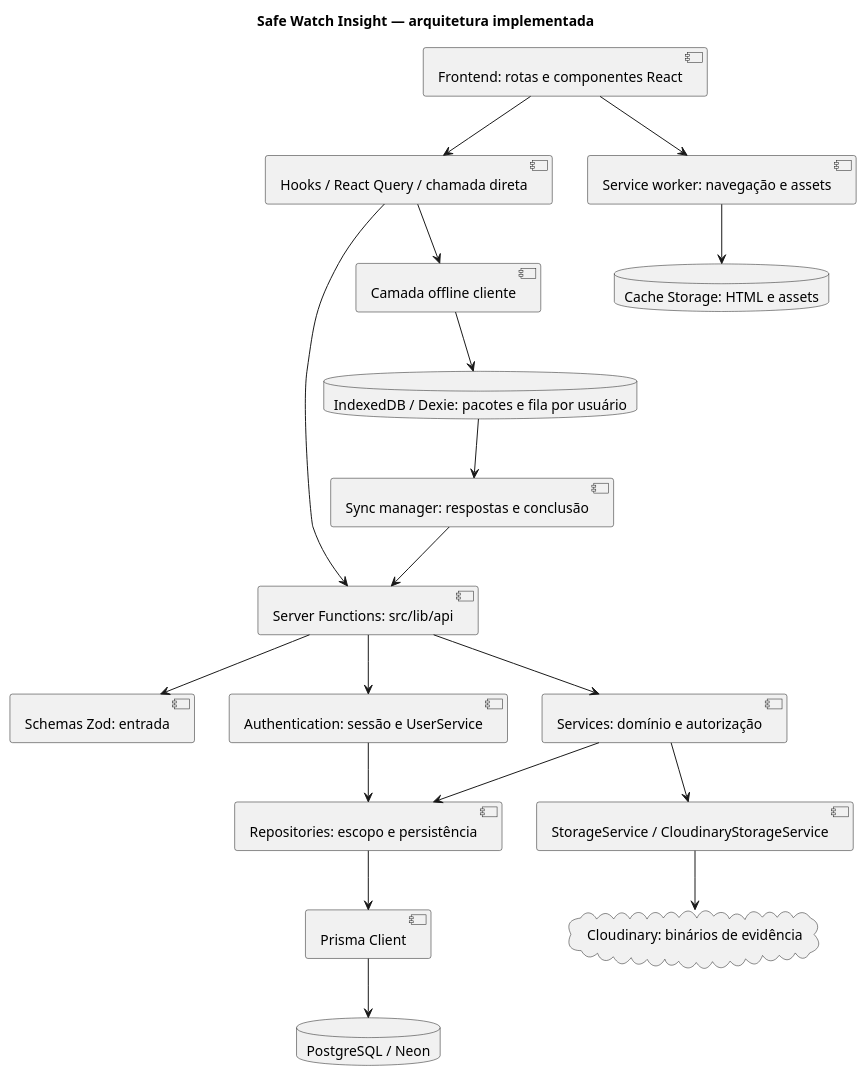
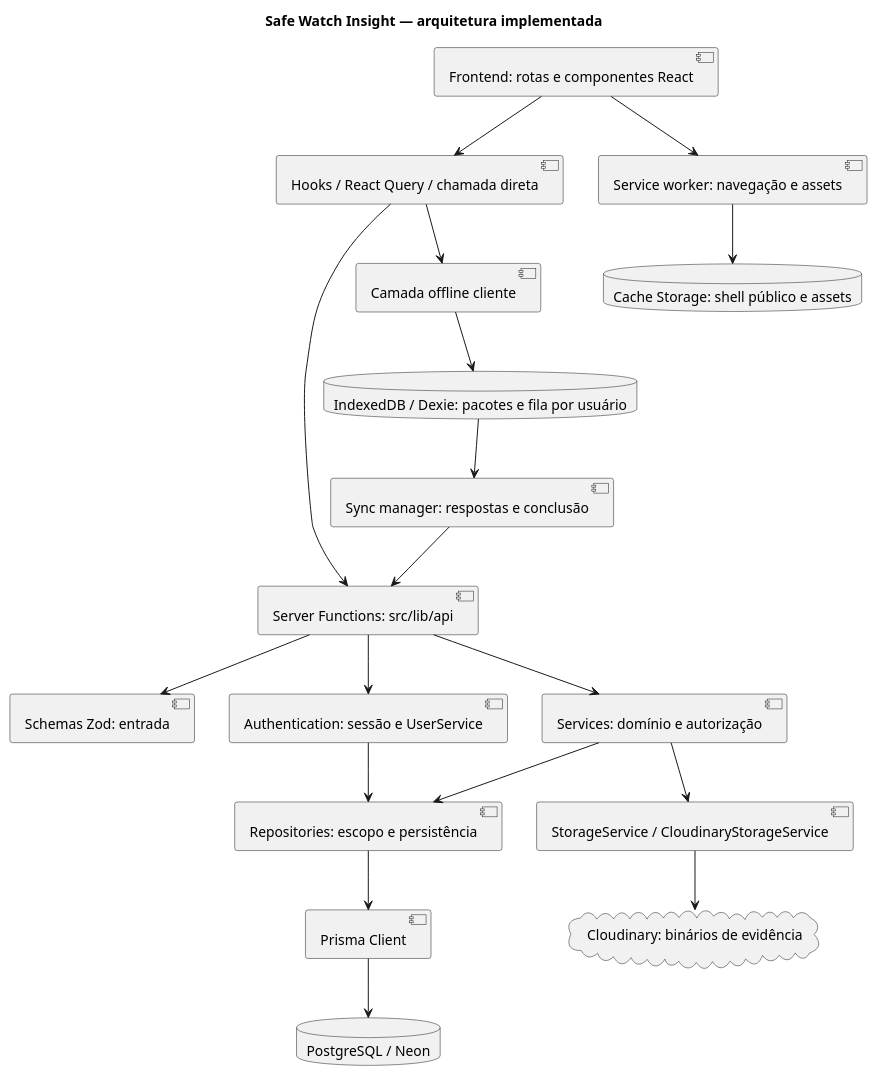
Before and after one commit to PedroVitor237/safe-watch-insight: the diagram in Documentation/diagrams/architecture/application.puml, drawn with PlantUML. The commit also changed 16 other files, not shown here.

```diff
--- a/Documentation/diagrams/architecture/application.puml
+++ b/Documentation/diagrams/architecture/application.puml
@@ -1,37 +1,37 @@
 @startuml
 ' Modelo equivalente ao flowchart de AI/Architecture.md.
 title Safe Watch Insight — arquitetura implementada
 component "Frontend: rotas e componentes React" as UI
 component "Hooks / React Query / chamada direta" as CLIENT
 component "Server Functions: src/lib/api" as SF
 component "Schemas Zod: entrada" as ZOD
 component "Authentication: sessão e UserService" as AUTH
 component "Services: domínio e autorização" as SVC
 component "Repositories: escopo e persistência" as REPO
 component "Prisma Client" as ORM
 database "PostgreSQL / Neon" as PG
 component "Camada offline cliente" as LOCAL
 database "IndexedDB / Dexie: pacotes e fila por usuário" as IDB
 component "Sync manager: respostas e conclusão" as SYNC
 component "StorageService / CloudinaryStorageService" as STORAGE
 cloud "Cloudinary: binários de evidência" as CLOUD
 component "Service worker: navegação e assets" as SW
-database "Cache Storage: HTML e assets" as CACHE
+database "Cache Storage: shell público e assets" as CACHE
 UI --> CLIENT
 CLIENT --> SF
 SF --> ZOD
 SF --> AUTH
 SF --> SVC
 SVC --> REPO
 AUTH --> REPO
 REPO --> ORM
 ORM --> PG
 CLIENT --> LOCAL
 LOCAL --> IDB
 IDB --> SYNC
 SYNC --> SF
 SVC --> STORAGE
 STORAGE --> CLOUD
 UI --> SW
 SW --> CACHE
 @enduml
```
